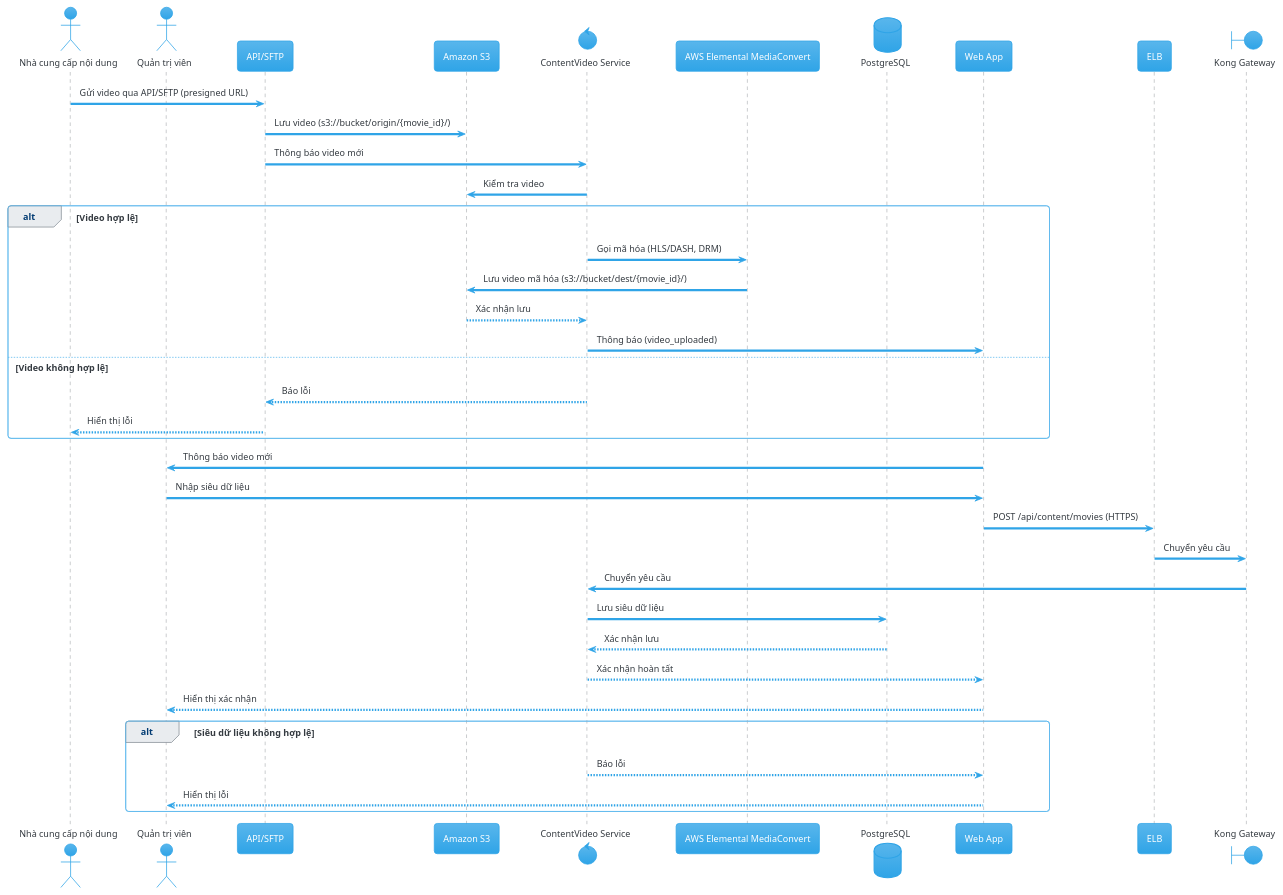
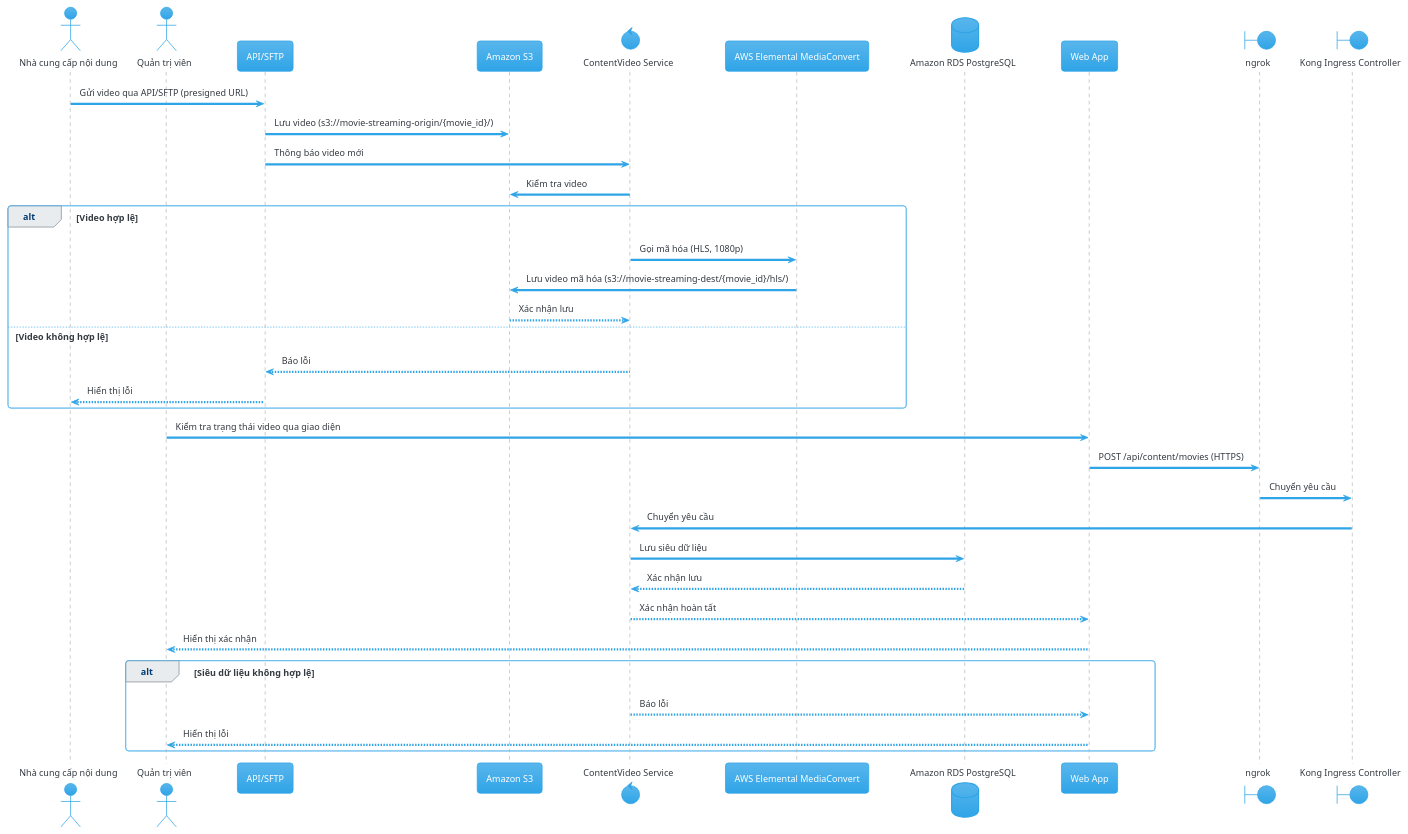
The diagram in sq_contentmanage.plantuml (yacucdeptrai/movie-streaming-app), drawn with PlantUML before and after one commit. The commit also changed 9 other files, not shown here.

```diff
--- a/sq_contentmanage.plantuml
+++ b/sq_contentmanage.plantuml
@@ -1,46 +1,44 @@
 @startuml
 !theme cerulean
 
 actor "Nhà cung cấp nội dung" as Provider
 actor "Quản trị viên" as Admin
 participant "API/SFTP" as API
 participant "Amazon S3" as S3
 control "ContentVideo Service" as CVS
 participant "AWS Elemental MediaConvert" as MC
-database "PostgreSQL" as PG
+database "Amazon RDS PostgreSQL" as PG
 participant "Web App" as FE
-participant "ELB" as ELB
-boundary "Kong Gateway" as KG
+boundary "ngrok" as ngrok
+boundary "Kong Ingress Controller" as KG
 
 ' Tải video
 Provider -> API: Gửi video qua API/SFTP (presigned URL)
-API -> S3: Lưu video (s3://bucket/origin/{movie_id}/)
+API -> S3: Lưu video (s3://movie-streaming-origin/{movie_id}/)
 API -> CVS: Thông báo video mới
 CVS -> S3: Kiểm tra video
 alt Video hợp lệ
-    CVS -> MC: Gọi mã hóa (HLS/DASH, DRM)
-    MC -> S3: Lưu video mã hóa (s3://bucket/dest/{movie_id}/)
+    CVS -> MC: Gọi mã hóa (HLS, 1080p)
+    MC -> S3: Lưu video mã hóa (s3://movie-streaming-dest/{movie_id}/hls/)
     S3 --> CVS: Xác nhận lưu
-    CVS -> FE: Thông báo (video_uploaded)
 else Video không hợp lệ
     CVS --> API: Báo lỗi
     API --> Provider: Hiển thị lỗi
 end alt
 
 ' Cập nhật siêu dữ liệu
-FE -> Admin: Thông báo video mới
-Admin -> FE: Nhập siêu dữ liệu
-FE -> ELB: POST /api/content/movies (HTTPS)
-ELB -> KG: Chuyển yêu cầu
+Admin -> FE: Kiểm tra trạng thái video qua giao diện
+FE -> ngrok: POST /api/content/movies (HTTPS)
+ngrok -> KG: Chuyển yêu cầu
 KG -> CVS: Chuyển yêu cầu
 CVS -> PG: Lưu siêu dữ liệu
 PG --> CVS: Xác nhận lưu
 CVS --> FE: Xác nhận hoàn tất
 FE --> Admin: Hiển thị xác nhận
 
 alt Siêu dữ liệu không hợp lệ
     CVS --> FE: Báo lỗi
     FE --> Admin: Hiển thị lỗi
 end alt
 
 @enduml
```
